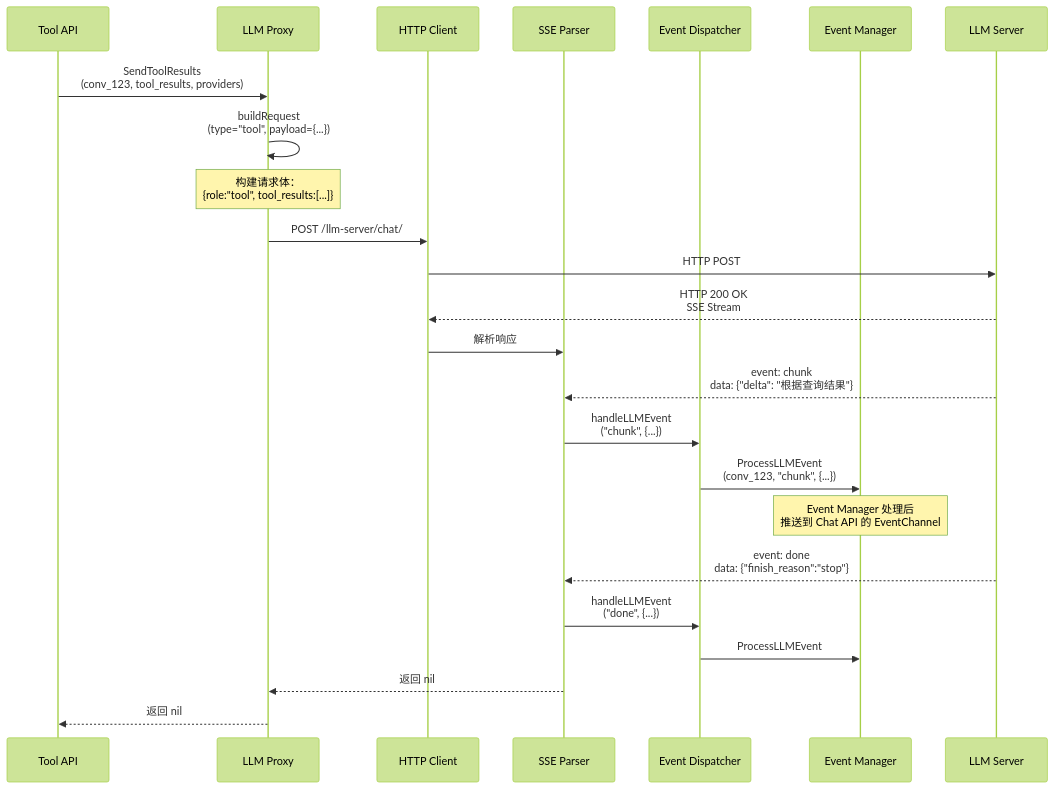
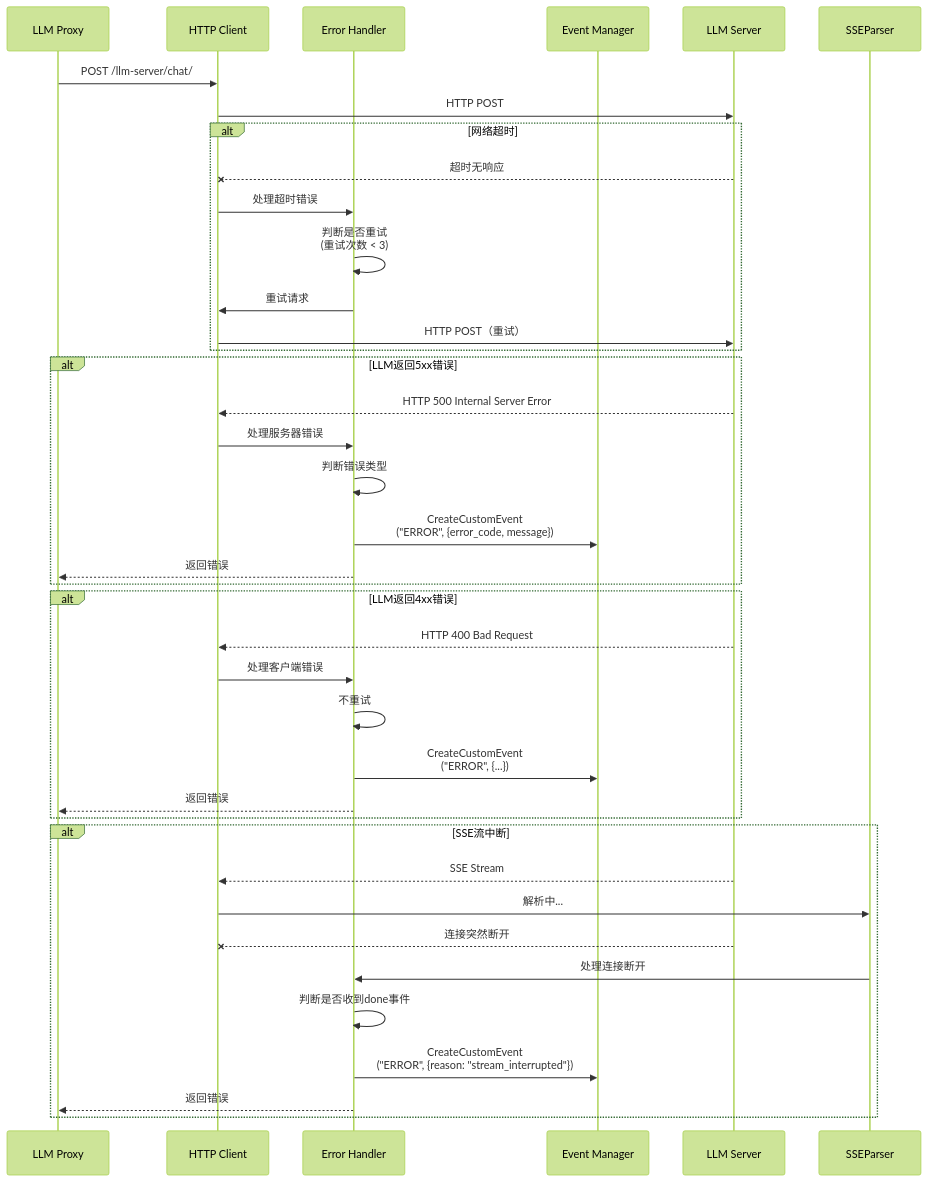
One commit to yingjianzh/iodraw-files changed the diagram in all/未命名-10.md. Above: the diagram before and after it, drawn with Mermaid (forest theme).

Commit message:
2025-12-23 09:52:44 update

````diff
--- a/all/未命名-10.md
+++ b/all/未命名-10.md
@@ -1,35 +1,45 @@
 ```mermaid
 sequenceDiagram
-    participant ToolAPI as Tool API
     participant LLMProxy as LLM Proxy
     participant HTTPClient as HTTP Client
-    participant SSEParser as SSE Parser
-    participant EventDisp as Event Dispatcher
+    participant ErrorHandler as Error Handler
     participant EventMgr as Event Manager
     participant LLM as LLM Server
 
-    ToolAPI->>LLMProxy: SendToolResults<br/>(conv_123, tool_results, providers)
-    
-    LLMProxy->>LLMProxy: buildRequest<br/>(type="tool", payload={...})
-    Note over LLMProxy: 构建请求体：<br/>{role:"tool", tool_results:[...]}
-    
     LLMProxy->>HTTPClient: POST /llm-server/chat/
     HTTPClient->>LLM: HTTP POST
     
-    LLM-->>HTTPClient: HTTP 200 OK<br/>SSE Stream
+    alt 网络超时
+        LLM--xHTTPClient: 超时无响应
+        HTTPClient->>ErrorHandler: 处理超时错误
+        ErrorHandler->>ErrorHandler: 判断是否重试<br/>(重试次数 < 3)
+        ErrorHandler->>HTTPClient: 重试请求
+        HTTPClient->>LLM: HTTP POST（重试）
+    end
     
-    HTTPClient->>SSEParser: 解析响应
+    alt LLM返回5xx错误
+        LLM-->>HTTPClient: HTTP 500 Internal Server Error
+        HTTPClient->>ErrorHandler: 处理服务器错误
+        ErrorHandler->>ErrorHandler: 判断错误类型
+        ErrorHandler->>EventMgr: CreateCustomEvent<br/>("ERROR", {error_code, message})
+        ErrorHandler-->>LLMProxy: 返回错误
+    end
     
-    LLM-->>SSEParser: event: chunk<br/>data: {"delta": "根据查询结果"}
-    SSEParser->>EventDisp: handleLLMEvent<br/>("chunk", {...})
-    EventDisp->>EventMgr: ProcessLLMEvent<br/>(conv_123, "chunk", {...})
+    alt LLM返回4xx错误
+        LLM-->>HTTPClient: HTTP 400 Bad Request
+        HTTPClient->>ErrorHandler: 处理客户端错误
+        ErrorHandler->>ErrorHandler: 不重试
+        ErrorHandler->>EventMgr: CreateCustomEvent<br/>("ERROR", {...})
+        ErrorHandler-->>LLMProxy: 返回错误
+    end
     
-    Note over EventMgr: Event Manager 处理后<br/>推送到 Chat API 的 EventChannel
-    
-    LLM-->>SSEParser: event: done<br/>data: {"finish_reason":"stop"}
-    SSEParser->>EventDisp: handleLLMEvent<br/>("done", {...})
-    EventDisp->>EventMgr: ProcessLLMEvent
-    
-    SSEParser-->>LLMProxy: 返回 nil
-    LLMProxy-->>ToolAPI: 返回 nil
+    alt SSE流中断
+        LLM-->>HTTPClient: SSE Stream
+        HTTPClient->>SSEParser: 解析中...
+        LLM--xHTTPClient: 连接突然断开
+        SSEParser->>ErrorHandler: 处理连接断开
+        ErrorHandler->>ErrorHandler: 判断是否收到done事件
+        ErrorHandler->>EventMgr: CreateCustomEvent<br/>("ERROR", {reason: "stream_interrupted"})
+        ErrorHandler-->>LLMProxy: 返回错误
+    end
 ```
````
